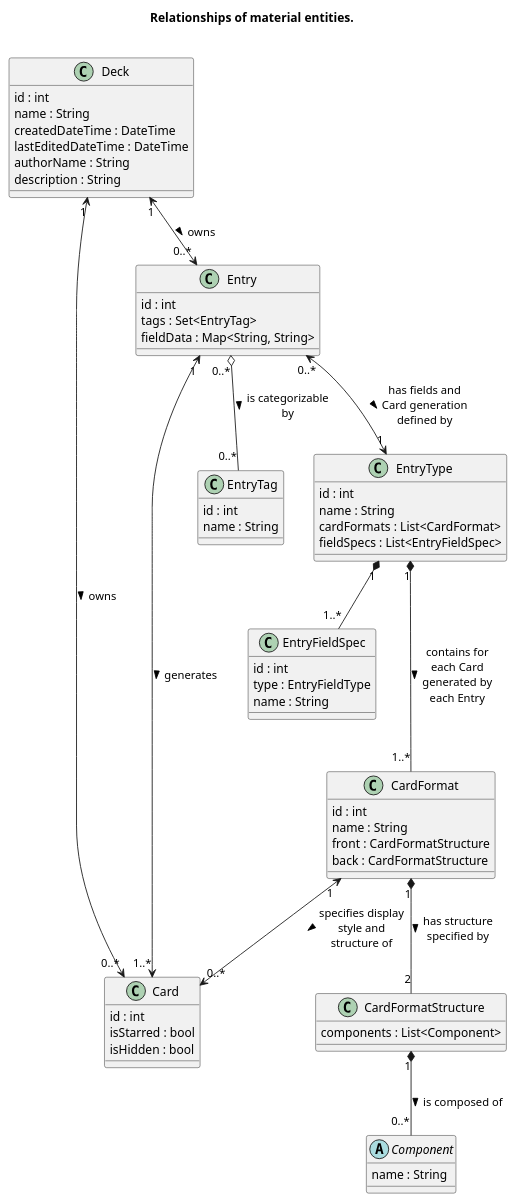
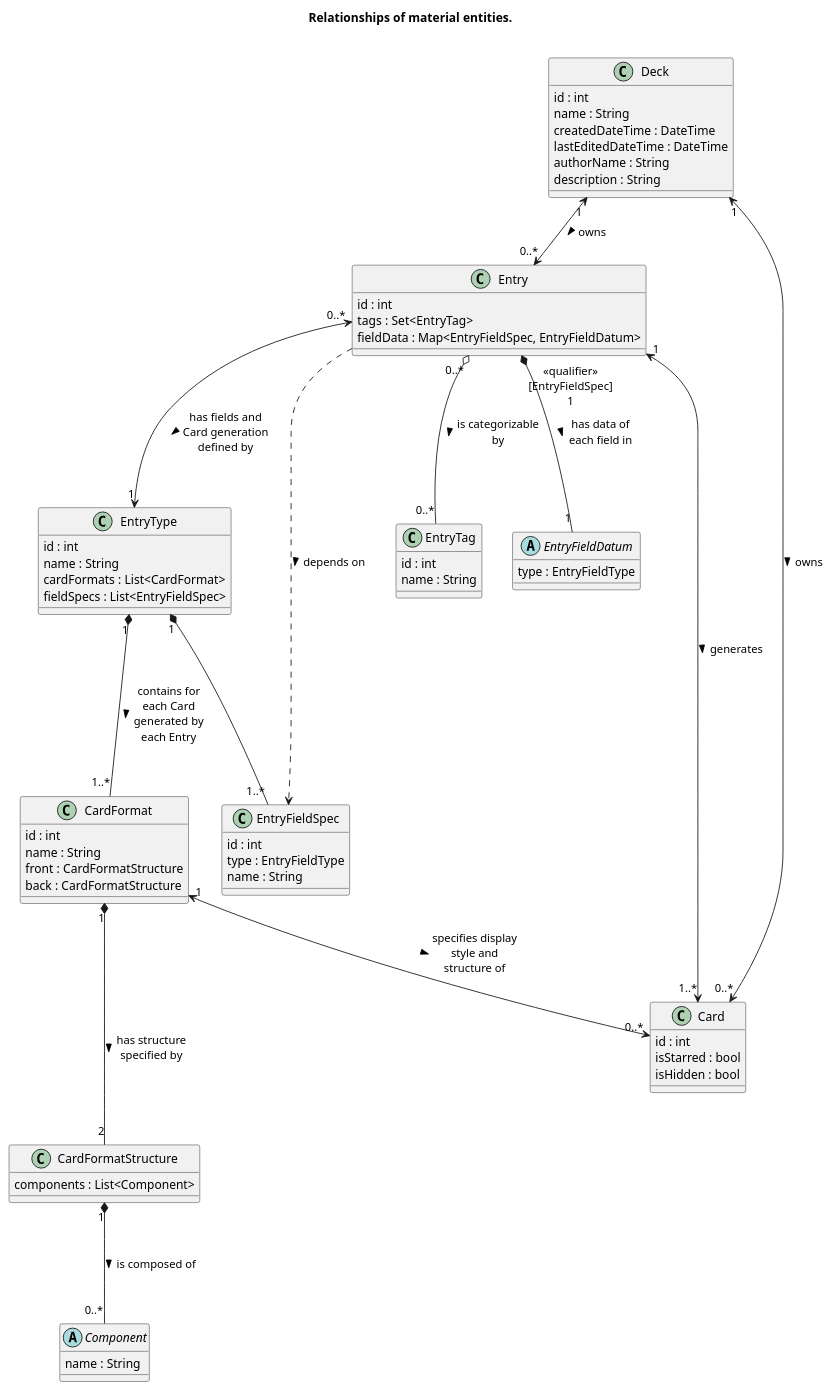
Before and after one commit to cervonwong/sona-flutter: the diagram in puml/material_entities.puml, drawn with PlantUML.

Commit message:
Docs(puml): Update to reflect current structure
Add abstract class EntryFieldDatum and update relationships with it. Also increase arrow length to avoid overlapping labels due to increased number of relationships.

```diff
--- a/puml/material_entities.puml
+++ b/puml/material_entities.puml
@@ -1,67 +1,72 @@
 @startuml
 
 skinparam maxMessageSize 100
 skinparam shadowing false
 
 title Relationships of material entities.\n
 
 class Card {
 	id : int
 	isStarred : bool
 	isHidden : bool
 }
 class Entry {
 	id : int
 	tags : Set<EntryTag>
-	fieldData : Map<String, String>
+	fieldData : Map<EntryFieldSpec, EntryFieldDatum>
 }
 class Deck {
 	id : int
 	name : String
 	createdDateTime : DateTime
 	lastEditedDateTime : DateTime
 	authorName : String
 	description : String
 }
 
 Deck "1" <--> "0..*" Entry : owns >
 Entry "1" <--> "1..*" Card : generates >
 Deck "1" <--> "0..*" Card : owns >
 
 class EntryTag {
 	id : int
 	name : String
+}
+abstract class EntryFieldDatum {
+	type : EntryFieldType
 }
 class EntryType {
 	id : int
 	name : String
 	cardFormats : List<CardFormat>
 	fieldSpecs : List<EntryFieldSpec>
 }
 class EntryFieldSpec {
 	id : int
 	type : EntryFieldType
 	name : String
 }
 class CardFormat {
 	id : int
 	name : String
 	front : CardFormatStructure
 	back : CardFormatStructure
 }
 class CardFormatStructure {
 	components : List<Component>
 }
 abstract class Component {
 	name : String
 }
 
-Entry "0..*" o-- "0..*" EntryTag : is categorizable by >
-Entry "0..*" <--> "1" EntryType : has fields and Card generation defined by >
+Entry "0..*" o--- "0..*" EntryTag : is categorizable by >
+Entry "<<qualifier>>\n[EntryFieldSpec]\n1" *--- "1" EntryFieldDatum : has data of each field in >
+Entry ..> EntryFieldSpec : depends on >
+Entry "0..*" <---> "1" EntryType : has fields and Card generation defined by >
 EntryType "1" *--- "1..*" CardFormat : contains for each Card generated by each Entry >
 CardFormat "1" <--> "0..*" Card : specifies display style and structure of >
-EntryType "1" *-- "1..*" EntryFieldSpec
-CardFormat "1" *-- "2" CardFormatStructure : has structure specified by >
-CardFormatStructure "1" *-- "0..*" Component : is composed of >
+EntryType "1" *--- "1..*" EntryFieldSpec
+CardFormat "1" *--- "2" CardFormatStructure : has structure specified by >
+CardFormatStructure "1" *--- "0..*" Component : is composed of >
 
 @enduml
```
